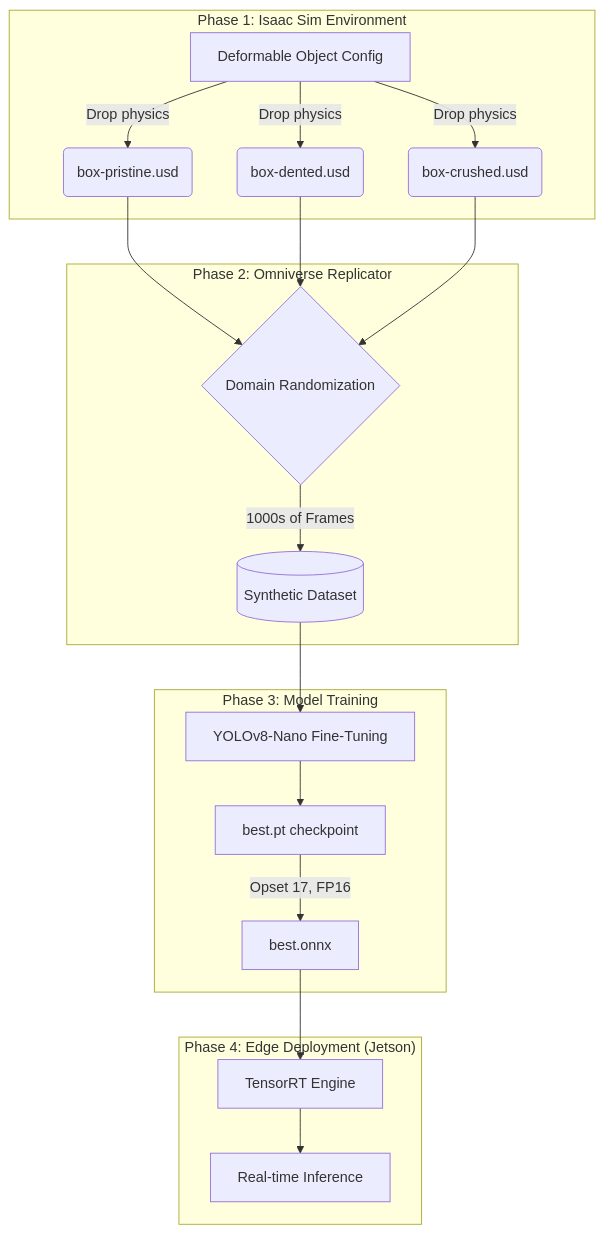
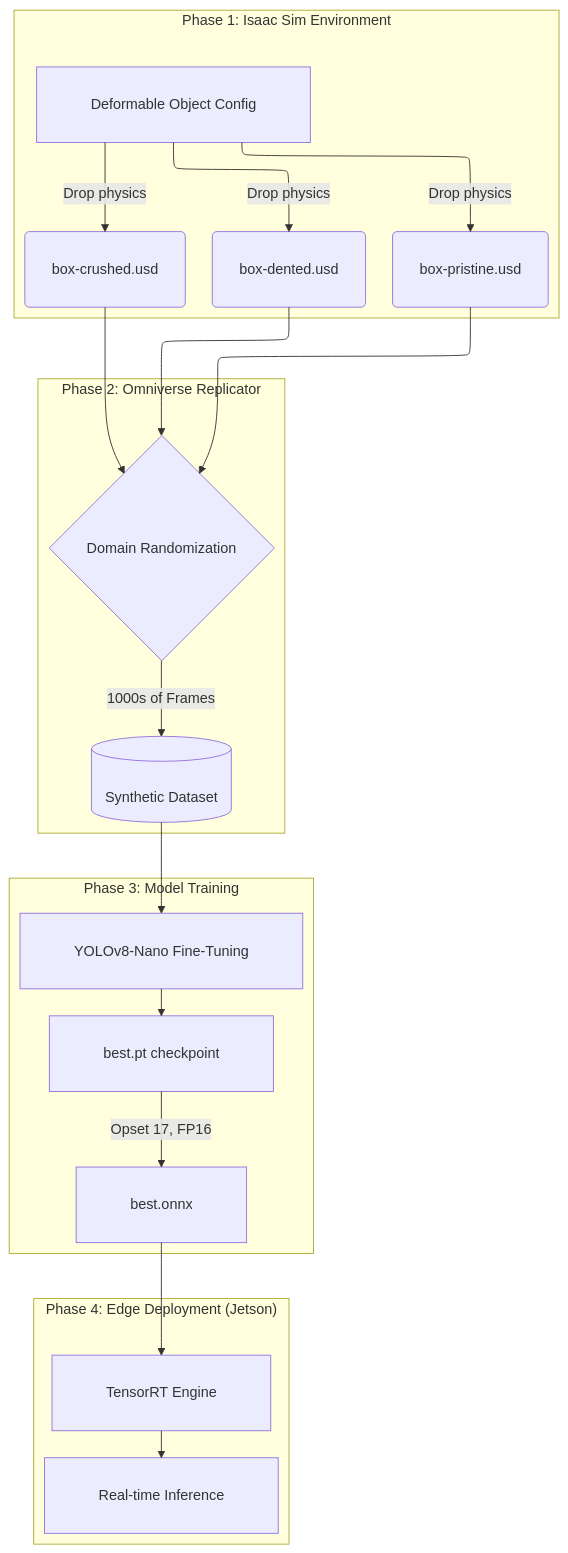
The diagram in README.md (camirian/package-integrity-classification-via-sim-to-real), drawn with Mermaid before and after one commit.

Commit message:
docs: adjust mermaid diagram spacing to fix text margin overlap

````diff
--- a/README.md
+++ b/README.md
@@ -39,26 +39,31 @@
 ```mermaid
+%%{init: {"flowchart": {"defaultRenderer": "elk", "padding": 30}} }%%
 flowchart TD
     subgraph P1 ["Phase 1: Isaac Sim Environment"]
+        direction TB
         A[Deformable Object Config] -->|Drop physics| B(box-pristine.usd)
         A -->|Drop physics| C(box-dented.usd)
         A -->|Drop physics| D(box-crushed.usd)
     end
 
     subgraph P2 ["Phase 2: Omniverse Replicator"]
+        direction TB
         B --> E{Domain Randomization}
         C --> E
         D --> E
         E -->|1000s of Frames| F[(Synthetic Dataset)]
     end
 
     subgraph P3 ["Phase 3: Model Training"]
+        direction TB
         F --> G[YOLOv8-Nano Fine-Tuning]
         G --> H[best.pt checkpoint]
         H -->|Opset 17, FP16| I[best.onnx]
     end
 
     subgraph P4 ["Phase 4: Edge Deployment (Jetson)"]
+        direction TB
         I --> J[TensorRT Engine]
         J --> K[Real-time Inference]
     end
 ```
````
